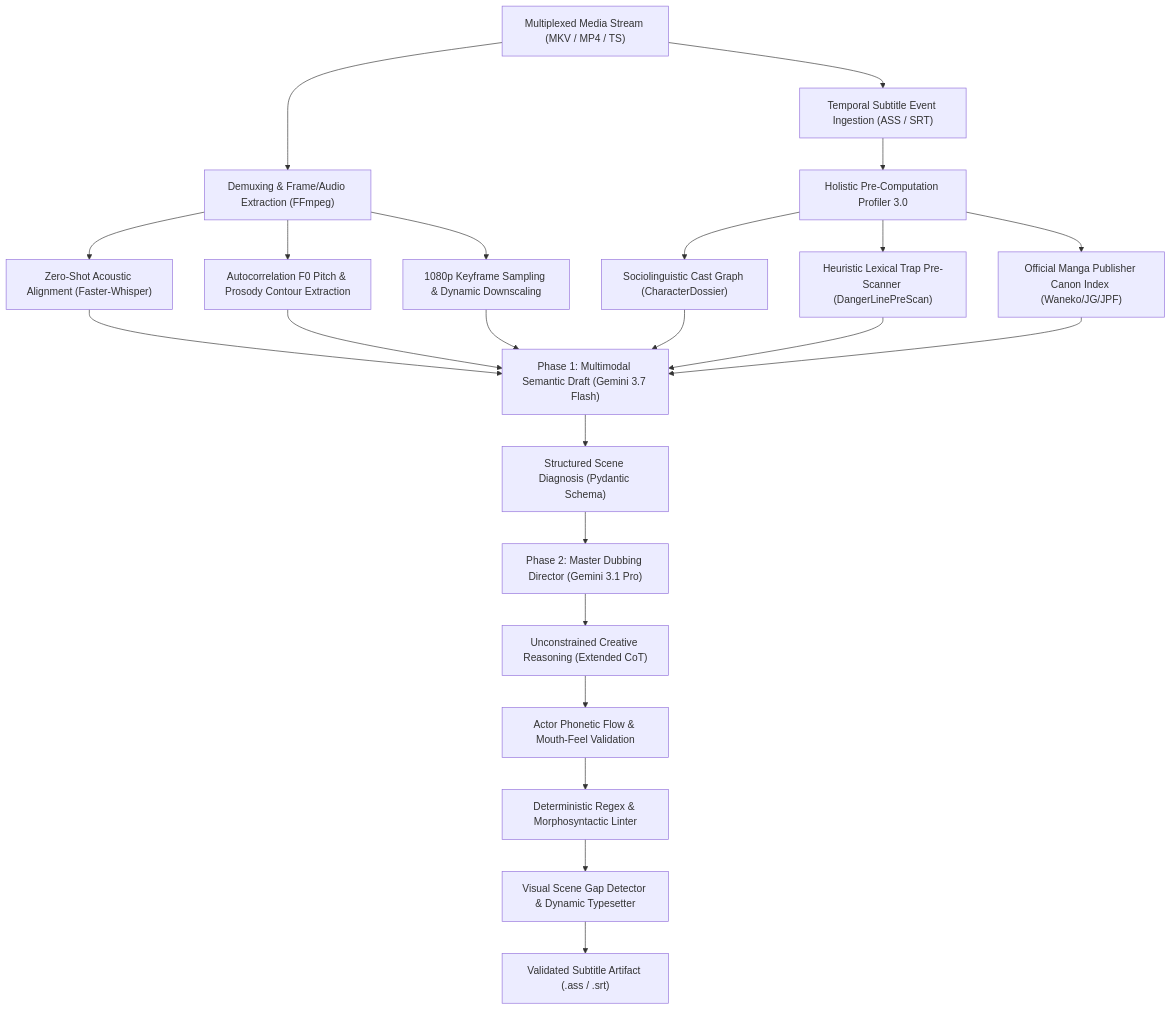
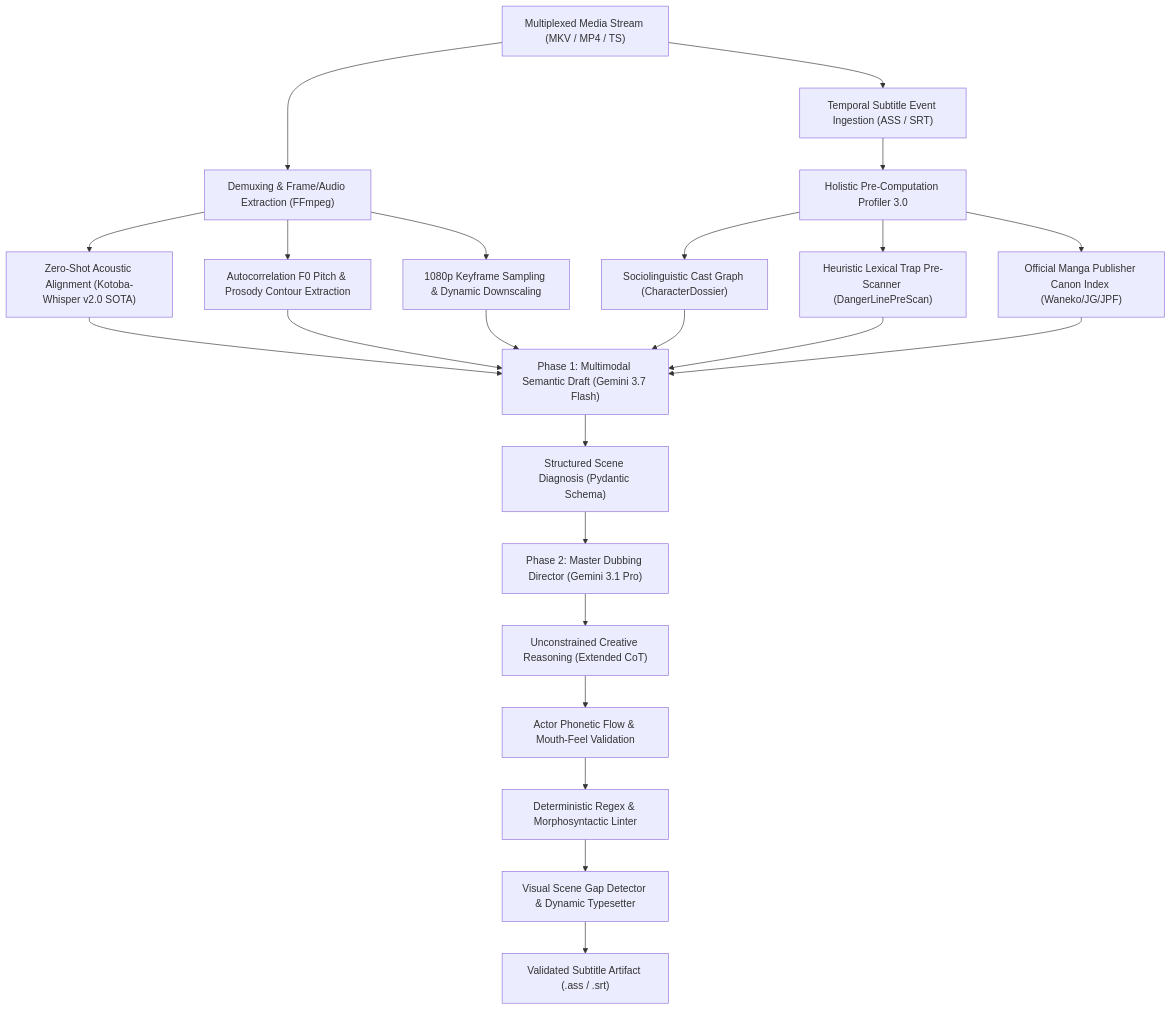
The diagram in README.md (wooles/translator), drawn with Mermaid before and after one commit. The commit also changed other lines of this file and 5 other files, not shown here.

Commit message:
feat(asr): Integrate Kotoba-Whisper v2.0 CTranslate2 as default SOTA Japanese speech recognition engine

````diff
--- a/README.md
+++ b/README.md
@@ -19,29 +19,29 @@
 ```mermaid
 flowchart TD
     Video["Multiplexed Media Stream (MKV / MP4 / TS)"] --> Demux["Demuxing & Frame/Audio Extraction (FFmpeg)"]
-    Demux --> Whisper["Zero-Shot Acoustic Alignment (Faster-Whisper)"]
+    Demux --> Whisper["Zero-Shot Acoustic Alignment (Kotoba-Whisper v2.0 SOTA)"]
     Demux --> F0["Autocorrelation F0 Pitch & Prosody Contour Extraction"]
     Demux --> Vision["1080p Keyframe Sampling & Dynamic Downscaling"]
     Video --> SubtitleParser["Temporal Subtitle Event Ingestion (ASS / SRT)"]
 
     SubtitleParser --> Profiler["Holistic Pre-Computation Profiler 3.0"]
     Profiler --> Cast["Sociolinguistic Cast Graph (CharacterDossier)"]
     Profiler --> Traps["Heuristic Lexical Trap Pre-Scanner (DangerLinePreScan)"]
     Profiler --> Canon["Official Manga Publisher Canon Index (Waneko/JG/JPF)"]
 
     Whisper --> Phase1["Phase 1: Multimodal Semantic Draft (Gemini 3.7 Flash)"]
     F0 --> Phase1
     Vision --> Phase1
     Cast --> Phase1
     Traps --> Phase1
     Canon --> Phase1
 
     Phase1 --> SceneDiag["Structured Scene Diagnosis (Pydantic Schema)"]
     SceneDiag --> Phase2["Phase 2: Master Dubbing Director (Gemini 3.1 Pro)"]
     Phase2 --> CoT["Unconstrained Creative Reasoning (Extended CoT)"]
     CoT --> MouthFeel["Actor Phonetic Flow & Mouth-Feel Validation"]
 
     MouthFeel --> Linter["Deterministic Regex & Morphosyntactic Linter"]
     Linter --> VisualOCR["Visual Scene Gap Detector & Dynamic Typesetter"]
     VisualOCR --> ASSOutput["Validated Subtitle Artifact (.ass / .srt)"]
 ```
````
